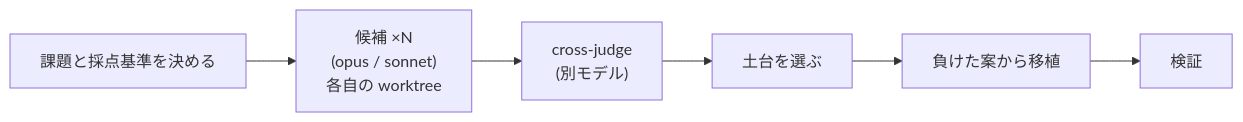
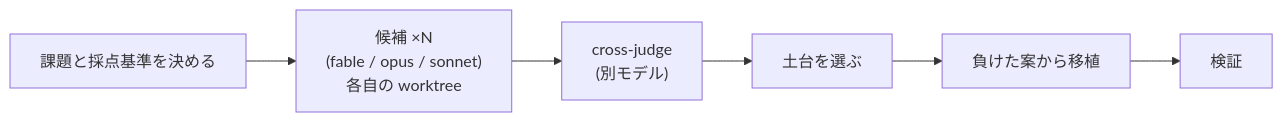
The fifth of 12 diagrams in pstack-cc/docs/skill-map.ja.md (souljazzfunk/lab), drawn with Mermaid before and after one commit. The commit also changed other lines of this file and 116 other files, not shown here.

````diff
--- a/pstack-cc/docs/skill-map.ja.md
+++ b/pstack-cc/docs/skill-map.ja.md
@@ -131,8 +123,8 @@
 ```mermaid
 flowchart LR
-  A[課題と採点基準を決める] --> B["候補 ×N<br/>(opus / sonnet)<br/>各自の worktree"]
+  A[課題と採点基準を決める] --> B["候補 ×N<br/>(fable / opus / sonnet)<br/>各自の worktree"]
   B --> C["cross-judge<br/>(別モデル)"]
   C --> D[土台を選ぶ]
   D --> E[負けた案から移植]
   E --> F[検証]
 ```
````
